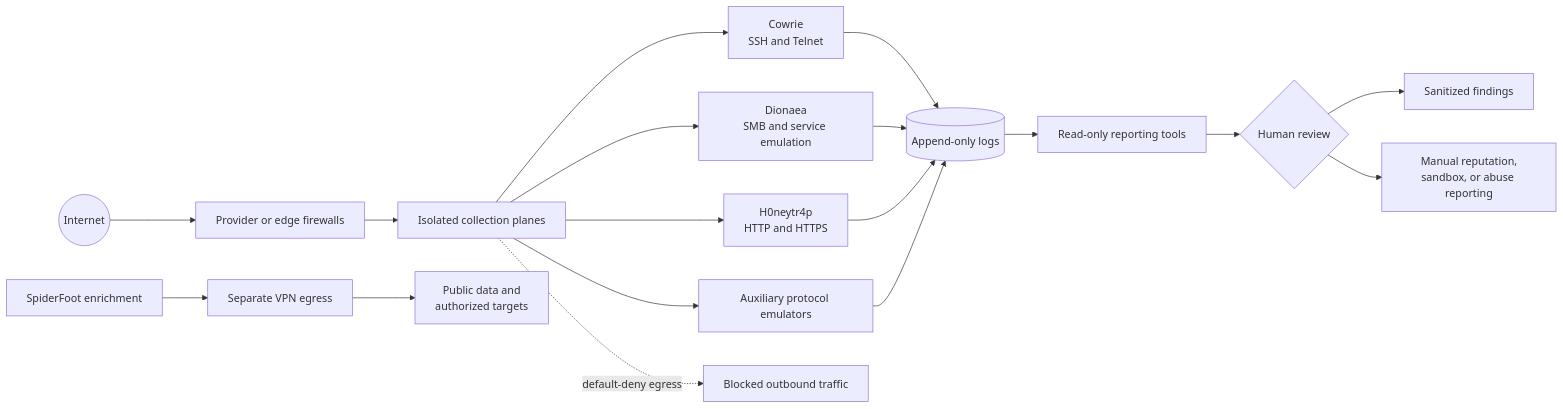
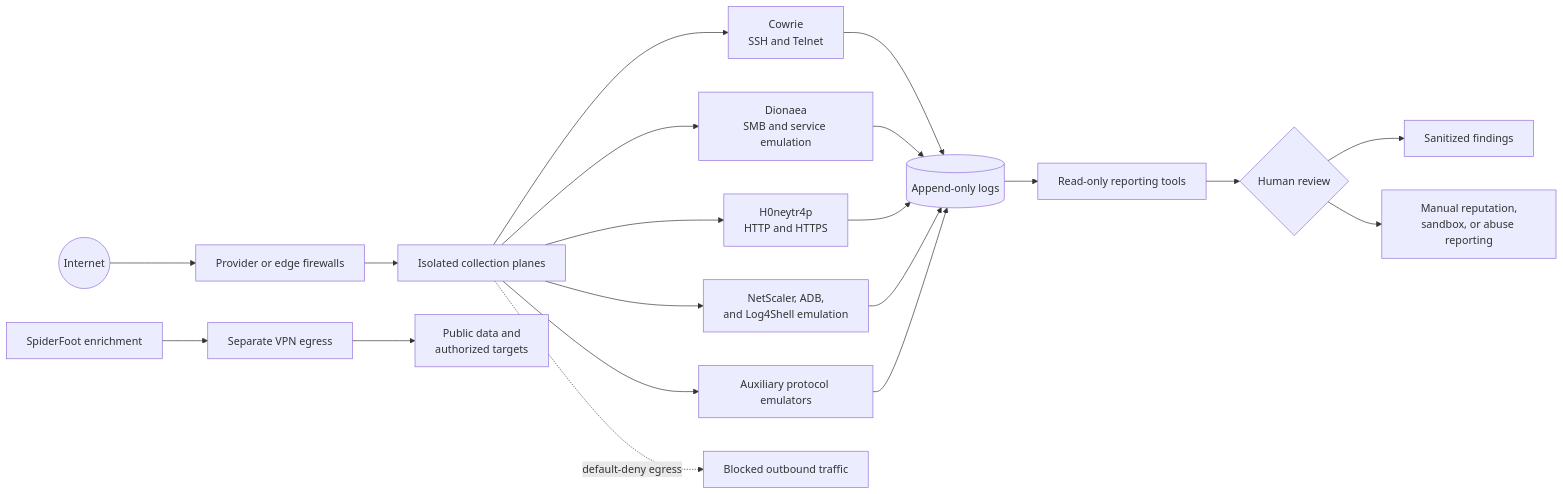
The diagram in README.md (PhilGoode/honeypot-field-notes), drawn with Mermaid before and after one commit. The commit also changed other lines of this file and 5 other files, not shown here.

````diff
--- a/README.md
+++ b/README.md
@@ -66,23 +76,25 @@
 ```mermaid
 flowchart LR
     Internet((Internet)) --> Edge[Provider or edge firewalls]
     Edge --> Net[Isolated collection planes]
     Net --> Cowrie[Cowrie<br/>SSH and Telnet]
     Net --> Dionaea[Dionaea<br/>SMB and service emulation]
     Net --> Web[H0neytr4p<br/>HTTP and HTTPS]
+    Net --> Specialized[NetScaler, ADB,<br/>and Log4Shell emulation]
     Net --> Aux[Auxiliary protocol emulators]
 
     Cowrie --> Logs[(Append-only logs)]
     Dionaea --> Logs
     Web --> Logs
+    Specialized --> Logs
     Aux --> Logs
     Logs --> Reports[Read-only reporting tools]
     Reports --> Review{Human review}
     Review --> Findings[Sanitized findings]
     Review --> External[Manual reputation,<br/>sandbox, or abuse reporting]
 
     SpiderFoot[SpiderFoot enrichment] --> ReconVPN[Separate VPN egress]
     ReconVPN --> PublicData[Public data and<br/>authorized targets]
 
     Net -. default-deny egress .-> Blocked[Blocked outbound traffic]
 ```
````
